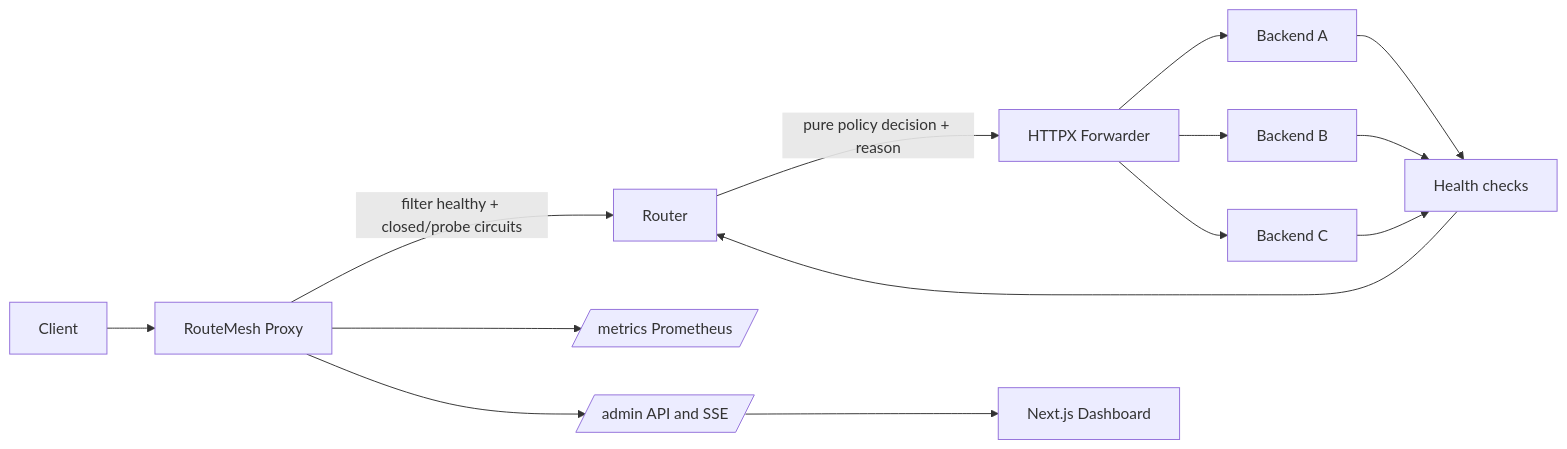
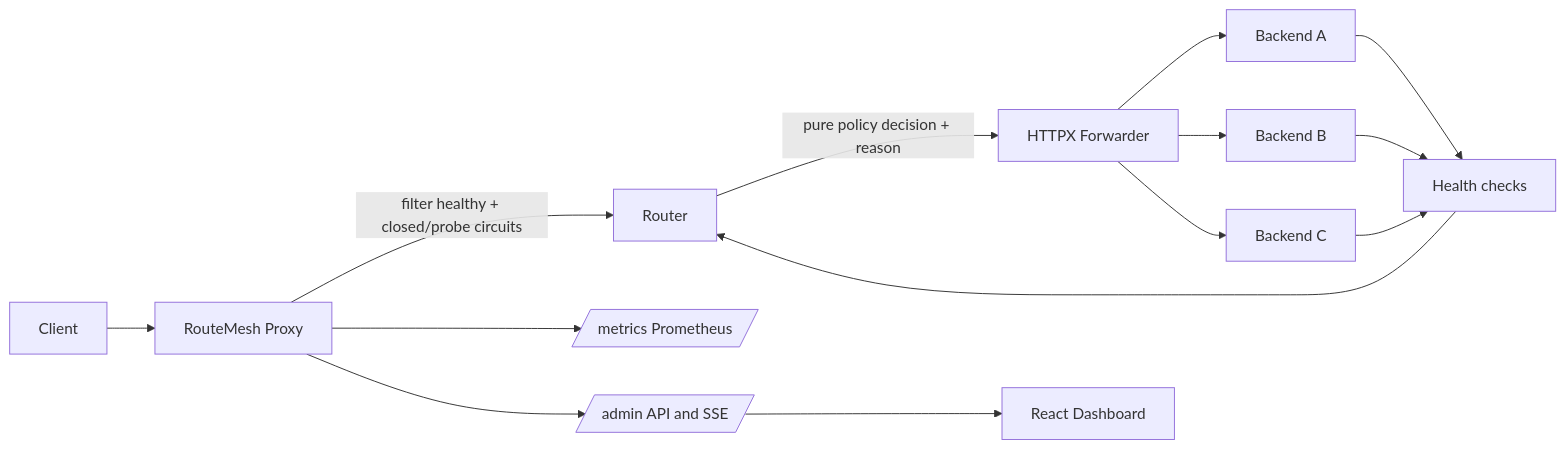
The diagram in README.md (nihalmachhi/RouteMesh), drawn with Mermaid before and after one commit. The commit also changed other lines of this file and 1 other file, not shown here.

````diff
--- a/README.md
+++ b/README.md
@@ -21,16 +21,16 @@
 ```mermaid
 flowchart LR
     C[Client] --> P[RouteMesh Proxy]
     P -->|filter healthy + closed/probe circuits| R[Router]
     R -->|pure policy decision + reason| F[HTTPX Forwarder]
     F --> A[Backend A]
     F --> B[Backend B]
     F --> D[Backend C]
     A --> H[Health checks]
     B --> H
     D --> H
     P --> M[/metrics Prometheus/]
     P --> X[/admin API and SSE/]
-    X --> UI[Next.js Dashboard]
+    X --> UI[React Dashboard]
     H --> R
 ```
````
